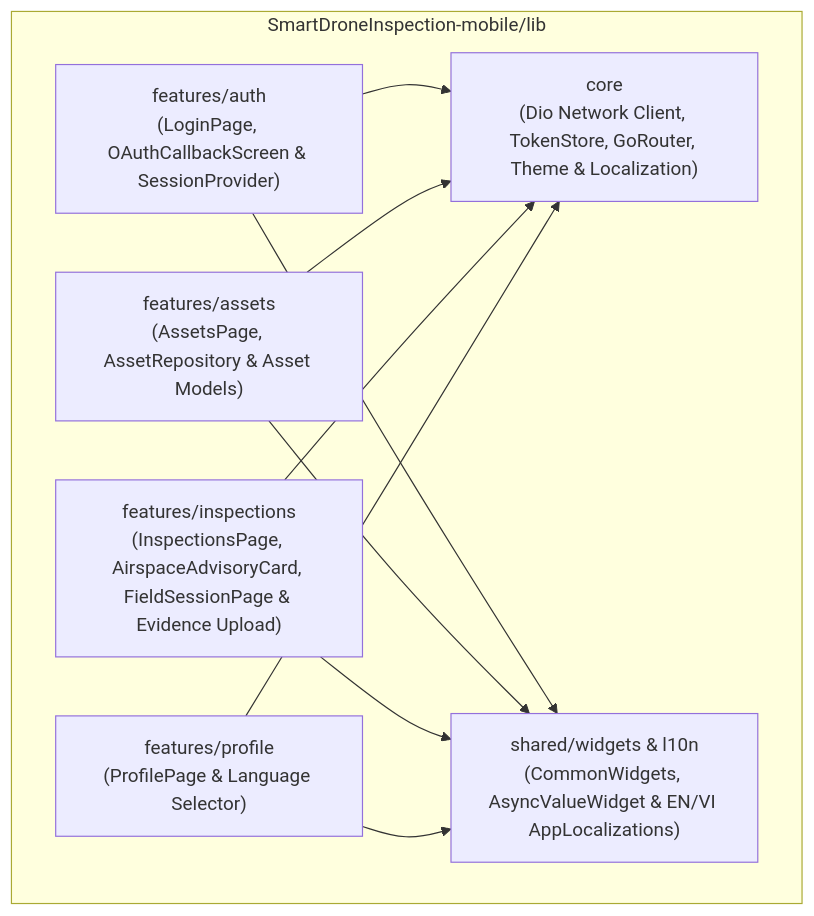
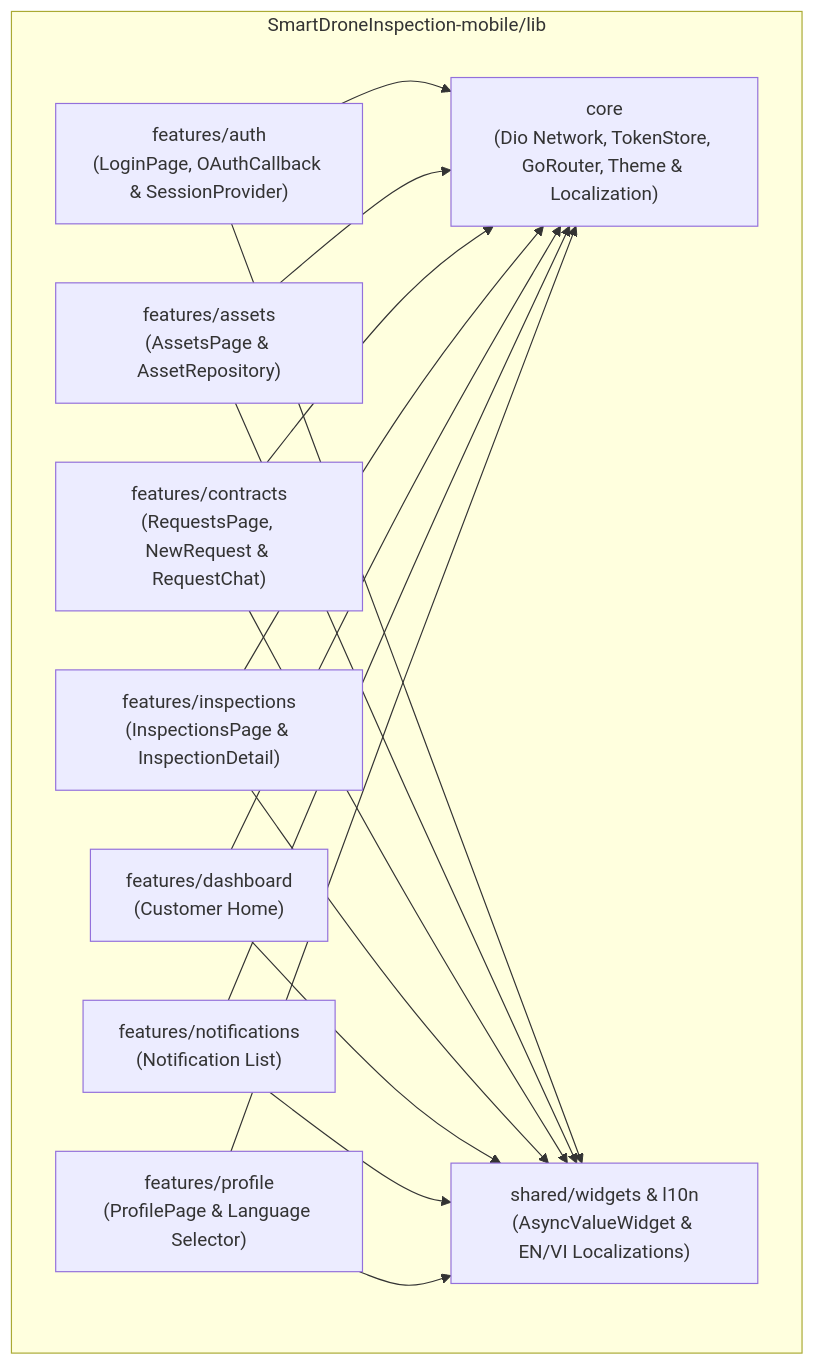
Before and after one commit to tungbach12/SmartDroneInspection-Docs: the fourth of 4 diagrams in reports/report-4-software-design-document/01-system-design.md, drawn with Mermaid. The commit also changed other lines of this file and 375 other files, not shown here.

````diff
--- a/reports/report-4-software-design-document/01-system-design.md
+++ b/reports/report-4-software-design-document/01-system-design.md
@@ -195,21 +209,30 @@
 ```mermaid
 %% title: Mobile Field Subsystem Package Diagram
 flowchart TD
   subgraph MobRoot["SmartDroneInspection-mobile/lib"]
-    MOB_CORE["core\n(Dio Network Client, TokenStore, GoRouter, Theme & Localization)"]
-    MOB_AUTH["features/auth\n(LoginPage, OAuthCallbackScreen & SessionProvider)"]
-    MOB_ASSETS["features/assets\n(AssetsPage, AssetRepository & Asset Models)"]
-    MOB_INSP["features/inspections\n(InspectionsPage, AirspaceAdvisoryCard, FieldSessionPage & Evidence Upload)"]
+    MOB_CORE["core\n(Dio Network, TokenStore, GoRouter, Theme & Localization)"]
+    MOB_AUTH["features/auth\n(LoginPage, OAuthCallback & SessionProvider)"]
+    MOB_ASSETS["features/assets\n(AssetsPage & AssetRepository)"]
+    MOB_CONTRACTS["features/contracts\n(RequestsPage, NewRequest & RequestChat)"]
+    MOB_INSP["features/inspections\n(InspectionsPage & InspectionDetail)"]
+    MOB_DASH["features/dashboard\n(Customer Home)"]
+    MOB_NOTIF["features/notifications\n(Notification List)"]
     MOB_PROFILE["features/profile\n(ProfilePage & Language Selector)"]
-    MOB_SHARED["shared/widgets & l10n\n(CommonWidgets, AsyncValueWidget & EN/VI AppLocalizations)"]
+    MOB_SHARED["shared/widgets & l10n\n(AsyncValueWidget & EN/VI Localizations)"]
   end
 
   MOB_AUTH --> MOB_CORE
   MOB_ASSETS --> MOB_CORE
+  MOB_CONTRACTS --> MOB_CORE
   MOB_INSP --> MOB_CORE
+  MOB_DASH --> MOB_CORE
+  MOB_NOTIF --> MOB_CORE
   MOB_PROFILE --> MOB_CORE
   MOB_AUTH --> MOB_SHARED
   MOB_ASSETS --> MOB_SHARED
+  MOB_CONTRACTS --> MOB_SHARED
   MOB_INSP --> MOB_SHARED
+  MOB_DASH --> MOB_SHARED
+  MOB_NOTIF --> MOB_SHARED
   MOB_PROFILE --> MOB_SHARED
 ```
````
